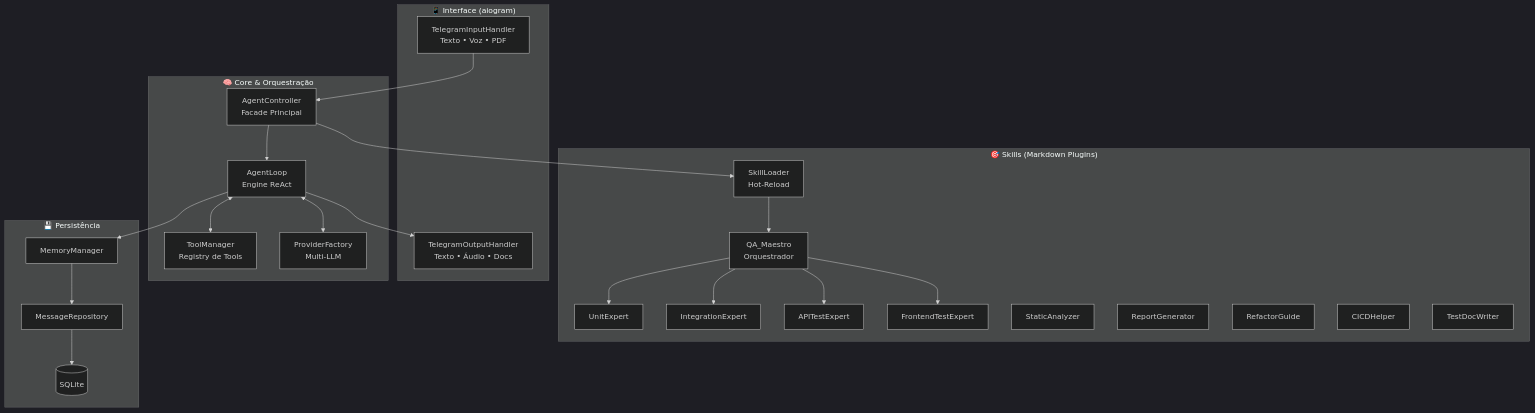
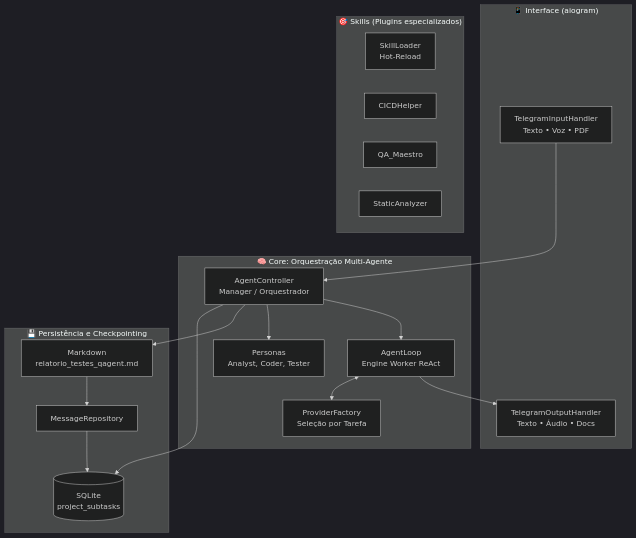
One commit to alineAssuncao/QAgent changed the second of 4 diagrams in DOCUMENTATION.md. Above: the diagram before and after it, drawn with Mermaid (dark theme). The commit also changed other lines of this file and 12 other files, not shown here.

````diff
--- a/DOCUMENTATION.md
+++ b/DOCUMENTATION.md
@@ -152,44 +157,35 @@
 ```mermaid
 graph TB
     subgraph "📱 Interface (aiogram)"
         INPUT[TelegramInputHandler<br>Texto • Voz • PDF]
         OUTPUT[TelegramOutputHandler<br>Texto • Áudio • Docs]
     end
 
-    subgraph "🧠 Core & Orquestração"
-        CTRL[AgentController<br>Facade Principal]
-        LOOP[AgentLoop<br>Engine ReAct]
-        TOOLS[ToolManager<br>Registry de Tools]
-        PROV[ProviderFactory<br>Multi-LLM]
+    subgraph "🧠 Core: Orquestração Multi-Agente"
+        CTRL[AgentController<br>Manager / Orquestrador]
+        LOOP[AgentLoop<br>Engine Worker ReAct]
+        PERS[Personas<br>Analyst, Coder, Tester]
+        PROV[ProviderFactory<br>Seleção por Tarefa]
     end
 
-    subgraph "🎯 Skills (Markdown Plugins)"
+    subgraph "🎯 Skills (Plugins especializados)"
         LOADER[SkillLoader<br>Hot-Reload]
-        MAESTRO[QA_Maestro<br>Orquestrador]
-        UNIT[UnitExpert]
-        INTEG[IntegrationExpert]
-        API[APITestExpert]
-        FRONT[FrontendTestExpert]
+        CICD[CICDHelper]
+        MAESTRO[QA_Maestro]
         STATIC[StaticAnalyzer]
-        REPORT[ReportGenerator]
-        REFACT[RefactorGuide]
-        CICD[CICDHelper]
-        DOC[TestDocWriter]
     end
 
-    subgraph "💾 Persistência"
-        MEM[MemoryManager]
+    subgraph "💾 Persistência e Checkpointing"
+        DB[(SQLite<br>project_subtasks)]
+        MD[Markdown<br>relatorio_testes_qagent.md]
         REPO[MessageRepository]
-        DB[(SQLite)]
     end
 
     INPUT --> CTRL
-    CTRL --> LOADER
-    LOADER --> MAESTRO
-    MAESTRO --> UNIT & INTEG & API & FRONT
+    CTRL --> DB & MD
+    CTRL --> PERS
     CTRL --> LOOP
-    LOOP <--> TOOLS
     LOOP <--> PROV
-    LOOP --> MEM --> REPO --> DB
     LOOP --> OUTPUT
+    MD --> REPO --> DB
 ```
````
